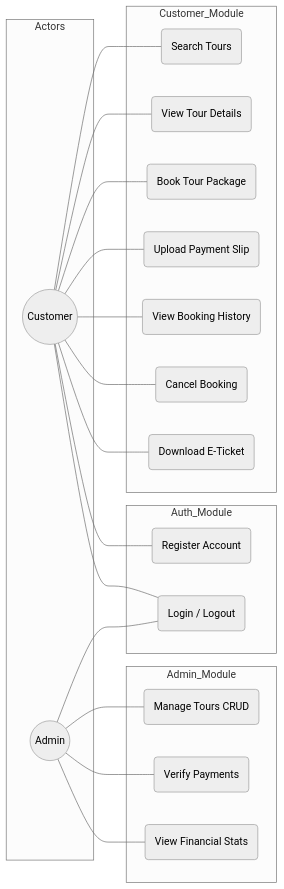
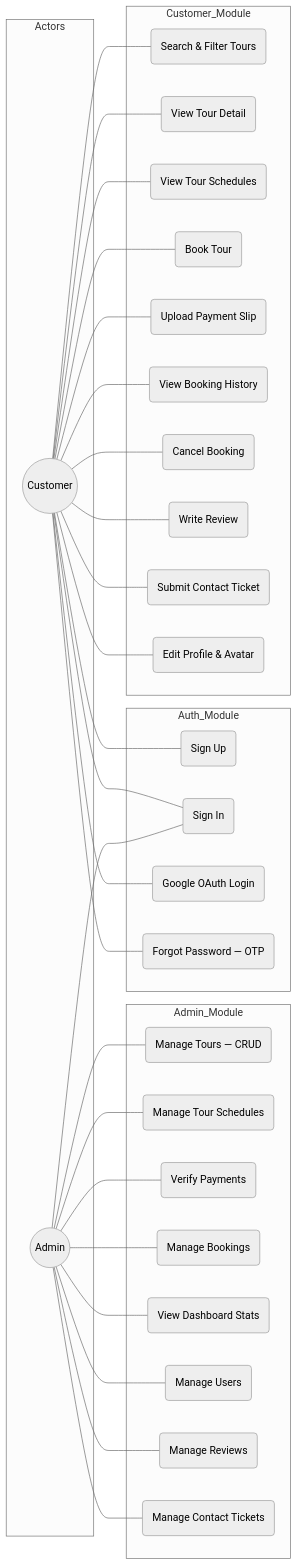
One commit to psu6810110135/final_porj changed the first of 4 diagrams in system_based/System_Component_FIXED.md. Above: the diagram before and after it, drawn with Mermaid (neutral theme). The commit also changed other lines of this file and 6 other files, not shown here.

````diff
--- a/system_based/System_Component_FIXED.md
+++ b/system_based/System_Component_FIXED.md
@@ -21,43 +9,63 @@
 ```mermaid
 graph LR
     subgraph Actors
         Customer((Customer))
         Admin((Admin))
     end
 
     subgraph Auth_Module
-        UC1(Register Account)
-        UC2(Login / Logout)
+        UC1(Sign Up)
+        UC2(Sign In)
+        UC3(Google OAuth Login)
+        UC4(Forgot Password — OTP)
     end
 
     subgraph Customer_Module
-        UC5(Search Tours)
-        UC6(View Tour Details)
-        UC7(Book Tour Package)
-        UC8(Upload Payment Slip)
-        UC9(View Booking History)
-        UC10(Cancel Booking)
-        UC11(Download E-Ticket)
+        UC5(Search & Filter Tours)
+        UC6(View Tour Detail)
+        UC7(View Tour Schedules)
+        UC8(Book Tour)
+        UC9(Upload Payment Slip)
+        UC10(View Booking History)
+        UC11(Cancel Booking)
+        UC12(Write Review)
+        UC13(Submit Contact Ticket)
+        UC14(Edit Profile & Avatar)
     end
 
     subgraph Admin_Module
-        UC13(Manage Tours CRUD)
-        UC14(Verify Payments)
-        UC15(View Financial Stats)
+        UC20(Manage Tours — CRUD)
+        UC21(Manage Tour Schedules)
+        UC22(Verify Payments)
+        UC23(Manage Bookings)
+        UC24(View Dashboard Stats)
+        UC25(Manage Users)
+        UC26(Manage Reviews)
+        UC27(Manage Contact Tickets)
     end
 
     Customer --- UC1
     Customer --- UC2
+    Customer --- UC3
+    Customer --- UC4
     Customer --- UC5
     Customer --- UC6
     Customer --- UC7
     Customer --- UC8
     Customer --- UC9
     Customer --- UC10
     Customer --- UC11
+    Customer --- UC12
+    Customer --- UC13
+    Customer --- UC14
 
     Admin --- UC2
-    Admin --- UC13
-    Admin --- UC14
-    Admin --- UC15
+    Admin --- UC20
+    Admin --- UC21
+    Admin --- UC22
+    Admin --- UC23
+    Admin --- UC24
+    Admin --- UC25
+    Admin --- UC26
+    Admin --- UC27
 ```
````
